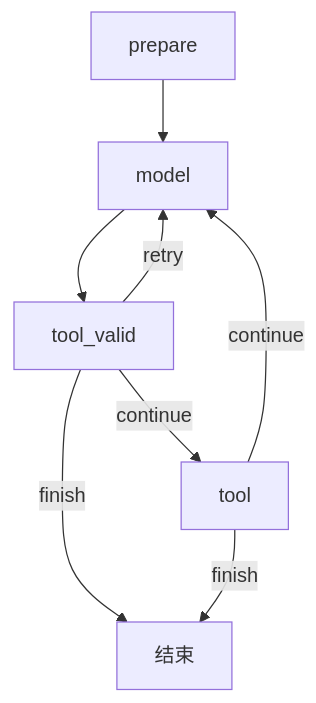
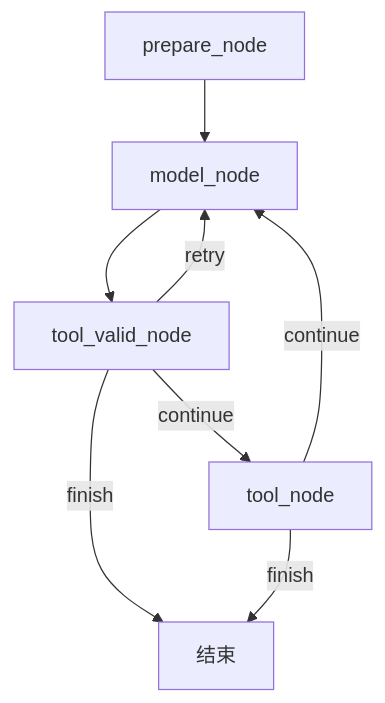
One commit to ShaofeiZi/ai-app-lab changed the second of 4 diagrams in demohouse/mobile-use/PROJECT_EXPLAINED.zh-CN.md. Above: the diagram before and after it, drawn with Mermaid. The commit also changed other lines of this file and 148 other files, not shown here.

````diff
--- a/demohouse/mobile-use/PROJECT_EXPLAINED.zh-CN.md
+++ b/demohouse/mobile-use/PROJECT_EXPLAINED.zh-CN.md
@@ -207,10 +171,10 @@
 ```mermaid
 flowchart TD
-    P[prepare] --> M[model]
-    M --> V[tool_valid]
+    P["prepare_node"] --> M["model_node"]
+    M --> V["tool_valid_node"]
     V -->|retry| M
-    V -->|continue| T[tool]
-    V -->|finish| E[结束]
+    V -->|continue| T["tool_node"]
+    V -->|finish| E["结束"]
     T -->|continue| M
     T -->|finish| E
 ```
````
